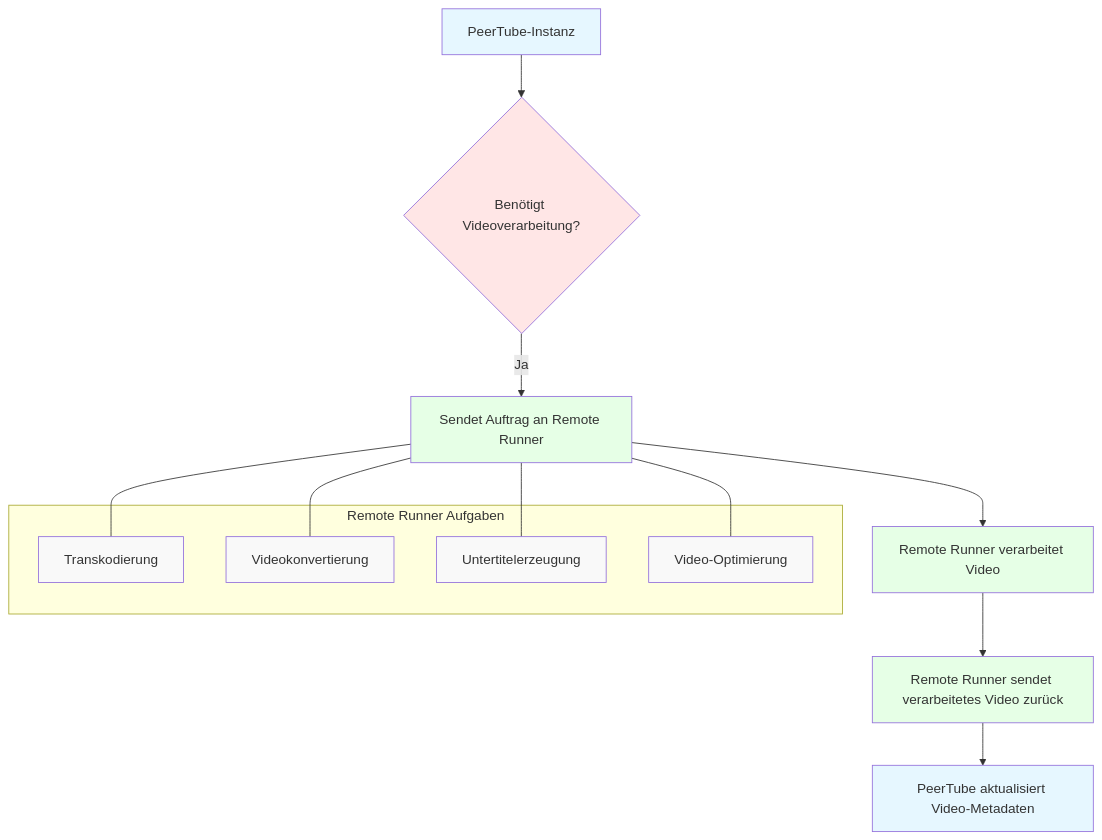
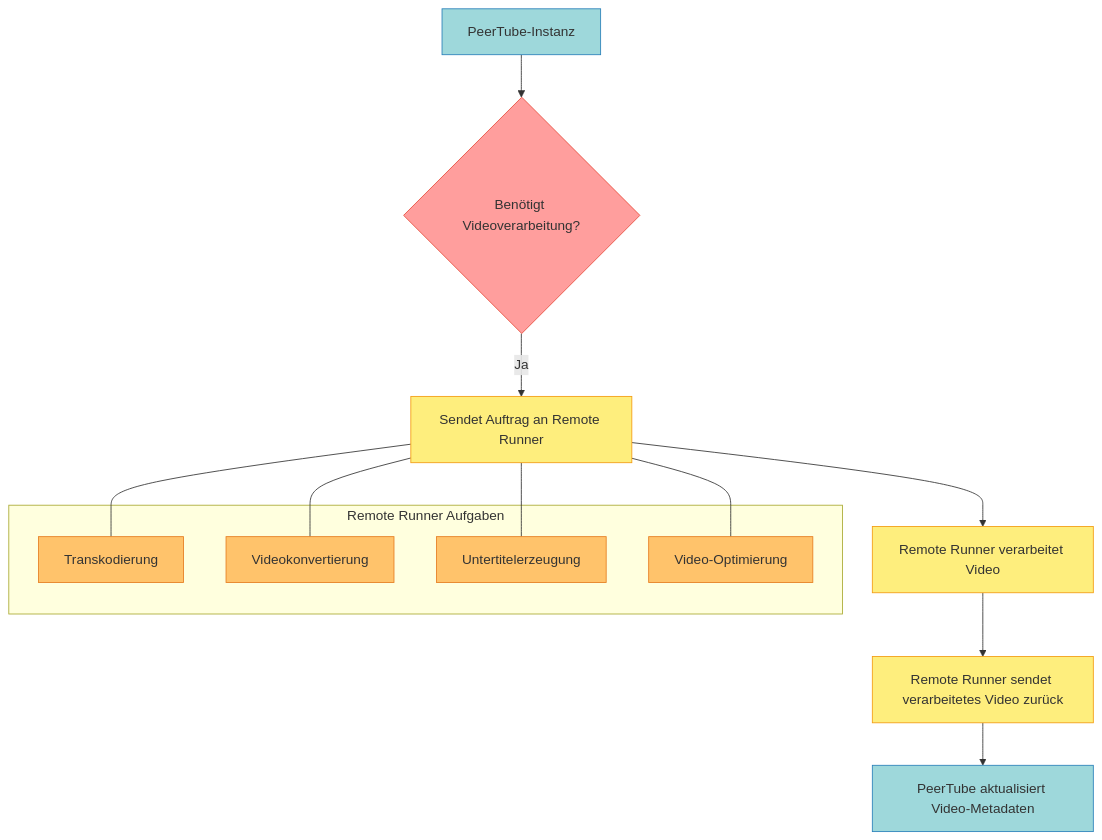
The fourth of 5 diagrams in slides.md (Y0ngg4n/peertube-presentation), drawn with Mermaid before and after one commit. The commit also changed other lines of this file, not shown here.

Commit message:
Fix diagram theming

````diff
--- a/slides.md
+++ b/slides.md
@@ -106,31 +106,32 @@
 ```mermaid
 flowchart TD
     A[PeerTube-Instanz] --> B{Benötigt Videoverarbeitung?}
     B -->|Ja| C[Sendet Auftrag an Remote Runner]
     C --> D[Remote Runner verarbeitet Video]
     D --> E[Remote Runner sendet verarbeitetes Video zurück]
     E --> F[PeerTube aktualisiert Video-Metadaten]
     
     subgraph "Remote Runner Aufgaben"
         G[Transkodierung]
         H[Videokonvertierung]
         I[Untertitelerzeugung]
         J[Video-Optimierung]
     end
     
     C --- G
     C --- H
     C --- I
     C --- J
     
-    style A fill:#e6f7ff
-    style B fill:#ffe6e6
-    style C fill:#e6ffe6
-    style D fill:#e6ffe6
-    style E fill:#e6ffe6
-    style F fill:#e6f7ff
-    style G fill:#f9f9f9
-    style H fill:#f9f9f9
-    style I fill:#f9f9f9
-    style J fill:#f9f9f9
+  
+    style A fill:#9ED8DB,stroke:#2980B9,color:#333333
+    style B fill:#FF9E9D,stroke:#E74C3C,color:#333333
+    style C fill:#FEEE7D,stroke:#F39C12,color:#333333
+    style D fill:#FEEE7D,stroke:#F39C12,color:#333333
+    style E fill:#FEEE7D,stroke:#F39C12,color:#333333
+    style F fill:#9ED8DB,stroke:#2980B9,color:#333333
+    style G fill:#FFC36B,stroke:#E67E22,color:#333333
+    style H fill:#FFC36B,stroke:#E67E22,color:#333333
+    style I fill:#FFC36B,stroke:#E67E22,color:#333333
+    style J fill:#FFC36B,stroke:#E67E22,color:#333333
 ```
````
